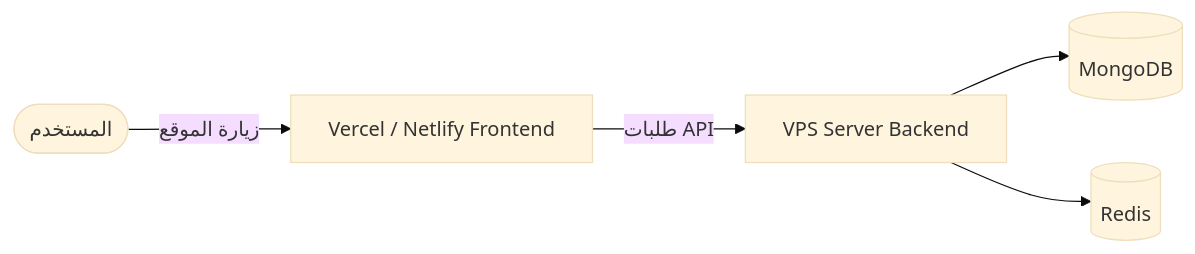
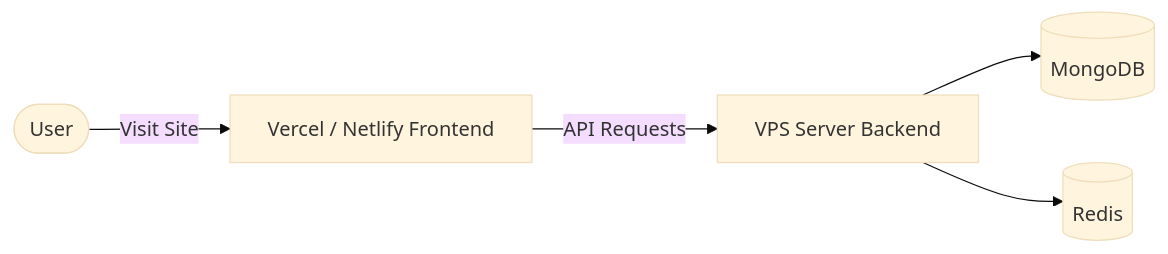
One commit to engayman2002/Studivo changed the second of 2 diagrams in README.md. Above: the diagram before and after it, drawn with Mermaid (base theme). The commit also changed other lines of this file, not shown here.

````diff
--- a/README.md
+++ b/README.md
@@ -124,7 +124,7 @@
 ```mermaid
 graph LR
-    User([المستخدم]) -->|زيارة الموقع| Vercel[Vercel / Netlify Frontend]
-    Vercel -->|طلبات API| VPS[VPS Server Backend]
+    User([User]) -->|Visit Site| Vercel[Vercel / Netlify Frontend]
+    Vercel -->|API Requests| VPS[VPS Server Backend]
     VPS --> MongoDB[(MongoDB)]
     VPS --> Redis[(Redis)]
 ```
````
